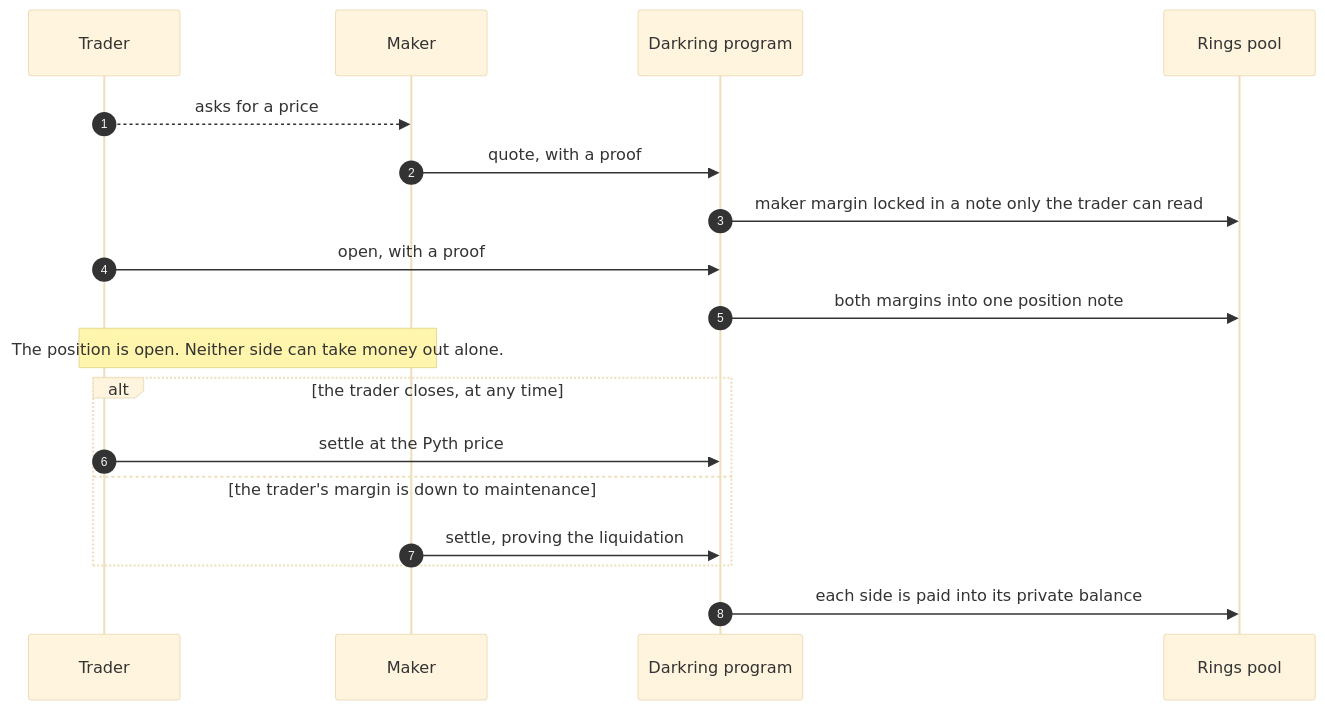
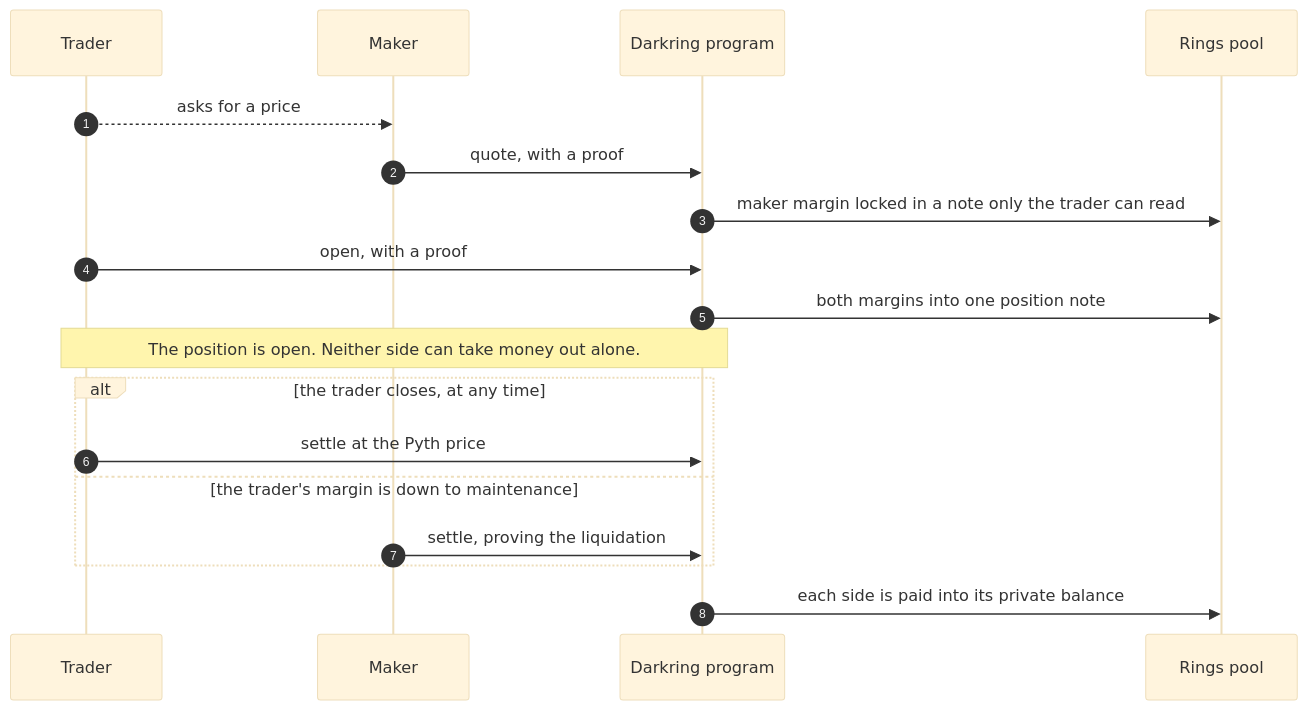
Before and after one commit to darkringio/darkring: the diagram in README.md, drawn with Mermaid (base theme).

Commit message:
Widen the note in the README diagram

````diff
--- a/README.md
+++ b/README.md
@@ -72,21 +72,21 @@
 ```mermaid
 sequenceDiagram
     autonumber
     participant T as Trader
     participant M as Maker
     participant D as Darkring program
     participant R as Rings pool
 
     T-->>M: asks for a price
     M->>D: quote, with a proof
     D->>R: maker margin locked in a note only the trader can read
     T->>D: open, with a proof
     D->>R: both margins into one position note
-    Note over T,M: The position is open. Neither side can take money out alone.
+    Note over T,D: The position is open. Neither side can take money out alone.
     alt the trader closes, at any time
         T->>D: settle at the Pyth price
     else the trader's margin is down to maintenance
         M->>D: settle, proving the liquidation
     end
     D->>R: each side is paid into its private balance
 ```
````
